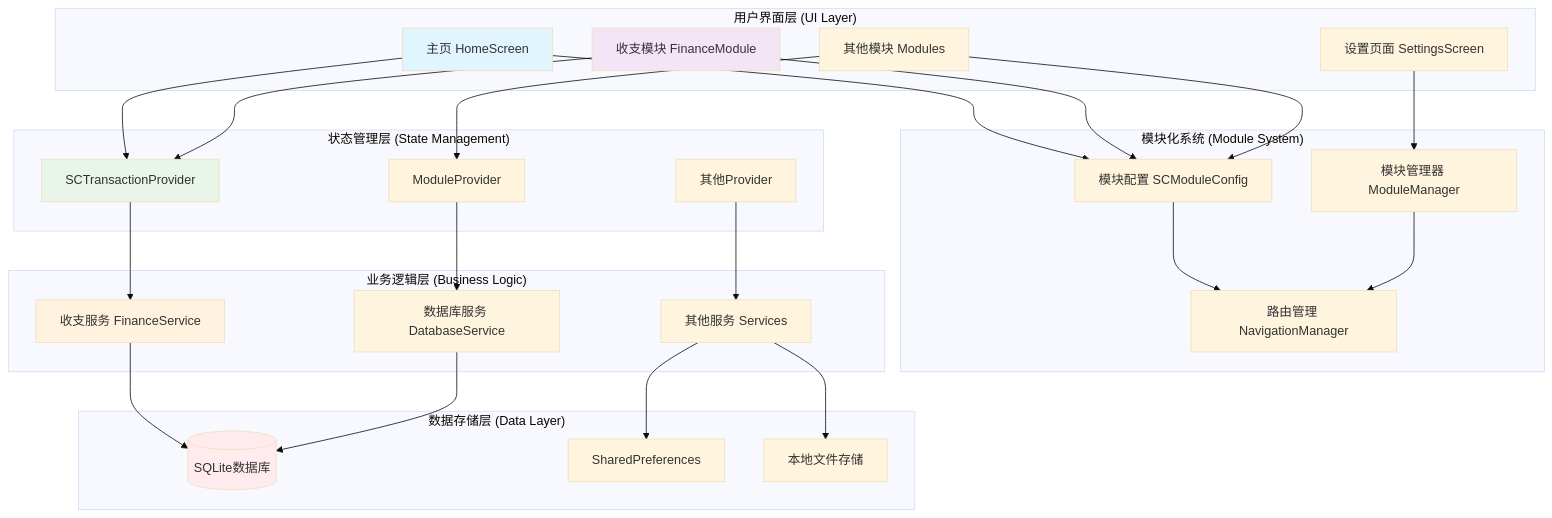
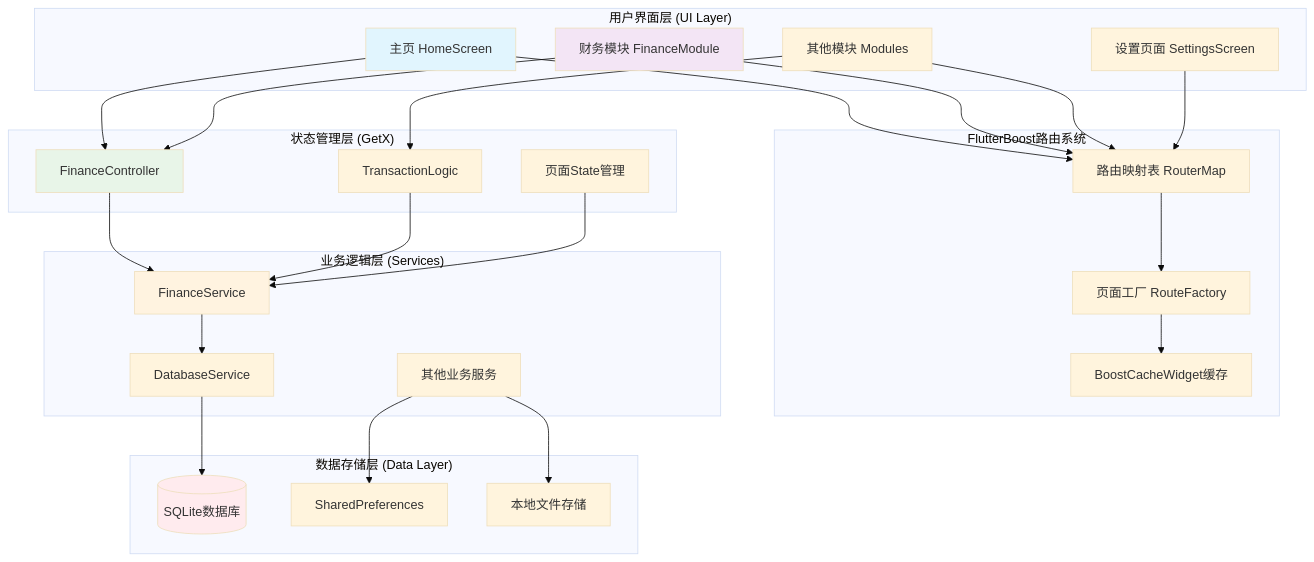
One commit to SnailDong/liferecord changed the fourth of 10 diagrams in LifeRecord_Design_Document.md. Above: the diagram before and after it, drawn with Mermaid (base theme). The commit also changed other lines of this file, not shown here.

````diff
--- a/LifeRecord_Design_Document.md
+++ b/LifeRecord_Design_Document.md
@@ -1194,60 +1894,60 @@
 ```mermaid
 graph TB
     subgraph "用户界面层 (UI Layer)"
         A[主页 HomeScreen]
-        B[收支模块 FinanceModule]
+        B[财务模块 FinanceModule]
         C[其他模块 Modules]
         D[设置页面 SettingsScreen]
     end
 
-    subgraph "模块化系统 (Module System)"
-        E[模块配置 SCModuleConfig]
-        F[模块管理器 ModuleManager]
-        G[路由管理 NavigationManager]
+    subgraph "FlutterBoost路由系统"
+        E[路由映射表 RouterMap]
+        F[页面工厂 RouteFactory]
+        G[BoostCacheWidget缓存]
     end
 
-    subgraph "状态管理层 (State Management)"
-        H[SCTransactionProvider]
-        I[ModuleProvider]
-        J[其他Provider]
+    subgraph "状态管理层 (GetX)"
+        H[FinanceController]
+        I[TransactionLogic]
+        J[页面State管理]
     end
 
-    subgraph "业务逻辑层 (Business Logic)"
-        K[收支服务 FinanceService]
-        L[数据库服务 DatabaseService]
-        M[其他服务 Services]
+    subgraph "业务逻辑层 (Services)"
+        K[FinanceService]
+        L[DatabaseService]
+        M[其他业务服务]
     end
 
     subgraph "数据存储层 (Data Layer)"
         N[(SQLite数据库)]
         O[SharedPreferences]
         P[本地文件存储]
     end
 
     A --> E
     B --> E
     C --> E
-    D --> F
+    D --> E
 
-    E --> G
+    E --> F
     F --> G
 
     A --> H
     B --> H
     C --> I
 
     H --> K
-    I --> L
-    J --> M
+    I --> K
+    J --> K
 
-    K --> N
+    K --> L
     L --> N
     M --> O
     M --> P
 
     style A fill:#e1f5fe
     style B fill:#f3e5f5
     style H fill:#e8f5e8
     style K fill:#fff3e0
     style N fill:#ffebee
 ```
````
